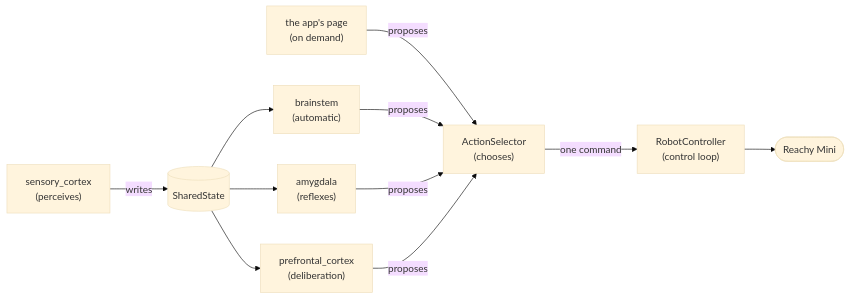
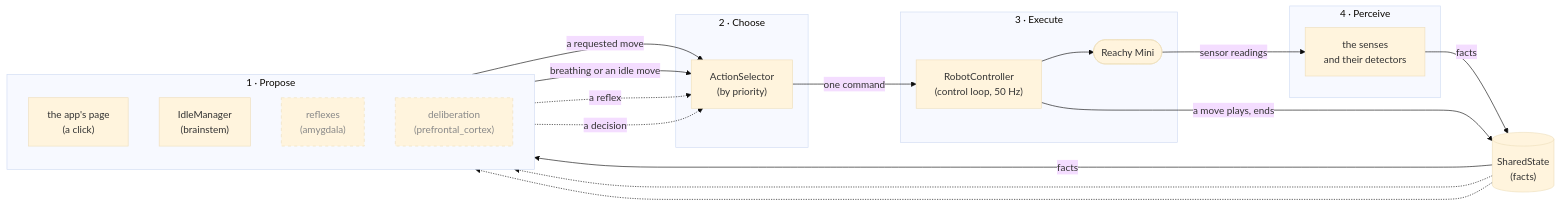
Before and after one commit to HTurlet15/reachy_alive: the diagram in ARCHITECTURE.md, drawn with Mermaid (base theme). The commit also changed other lines of this file, not shown here.

Commit message:
docs: the architecture as one map

````diff
--- a/ARCHITECTURE.md
+++ b/ARCHITECTURE.md
@@ -179,13 +33,34 @@
 ```mermaid
 flowchart LR
-    senses["sensory_cortex<br/>(perceives)"] -->|writes| state[("SharedState")]
-    state --> brainstem["brainstem<br/>(automatic)"]
-    state --> amygdala["amygdala<br/>(reflexes)"]
-    state --> cortex["prefrontal_cortex<br/>(deliberation)"]
-    page["the app's page<br/>(on demand)"] -->|proposes| selector
-    brainstem -->|proposes| selector["ActionSelector<br/>(chooses)"]
-    amygdala -->|proposes| selector
-    cortex -->|proposes| selector
-    selector -->|one command| controller["RobotController<br/>(control loop)"]
-    controller --> robot(["Reachy Mini"])
+    subgraph decide["1 · Propose"]
+        direction TB
+        page["the app's page<br/>(a click)"]
+        idle["IdleManager<br/>(brainstem)"]
+        reflexes["reflexes<br/>(amygdala)"]:::later
+        cortex["deliberation<br/>(prefrontal_cortex)"]:::later
+    end
+    subgraph choose["2 · Choose"]
+        selector["ActionSelector<br/>(by priority)"]
+    end
+    subgraph act["3 · Execute"]
+        controller["RobotController<br/>(control loop, 50 Hz)"] --> robot(["Reachy Mini"])
+    end
+    subgraph perceive["4 · Perceive"]
+        senses["the senses<br/>and their detectors"]
+    end
+    state[("SharedState<br/>(facts)")]
+
+    page -->|a requested move| selector
+    idle -->|breathing or an idle move| selector
+    reflexes -.->|a reflex| selector
+    cortex -.->|a decision| selector
+    selector -->|one command| controller
+    robot -->|sensor readings| senses
+    senses -->|facts| state
+    controller -->|a move plays, ends| state
+    state -->|facts| idle
+    state -.-> reflexes
+    state -.-> cortex
+
+    classDef later stroke-dasharray: 5 5,color:#888
 ```
````
